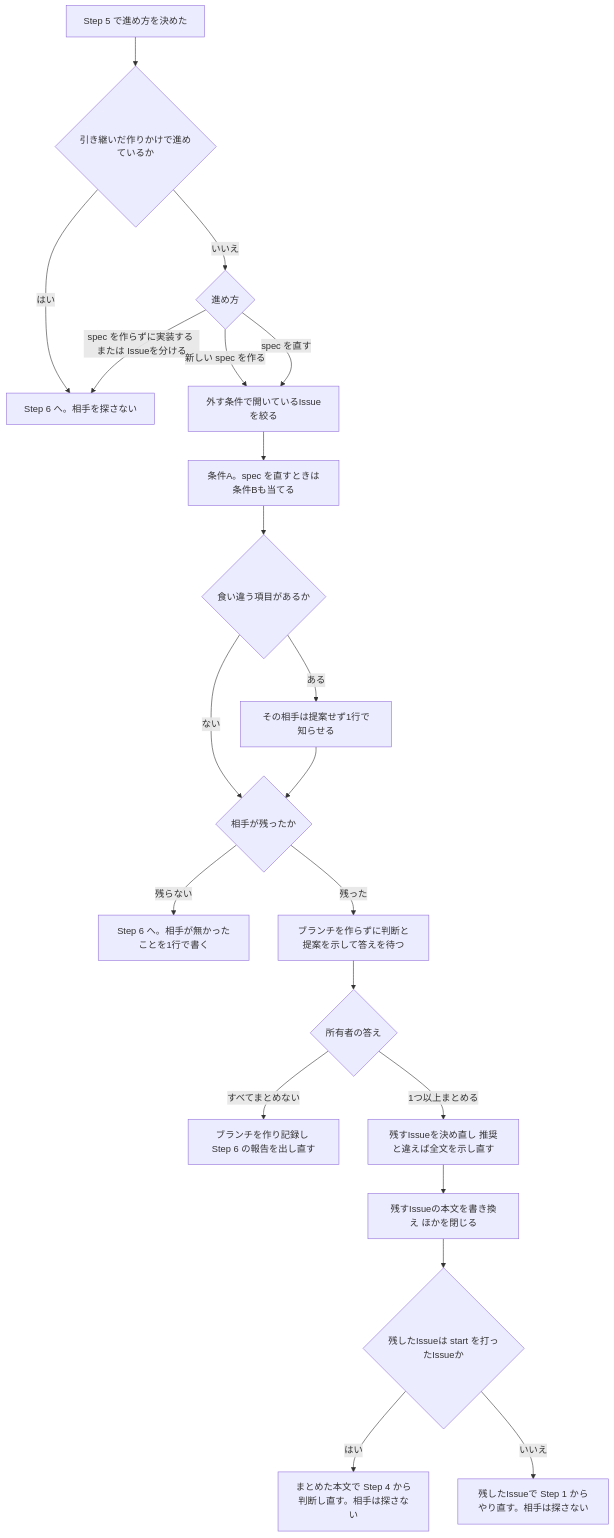
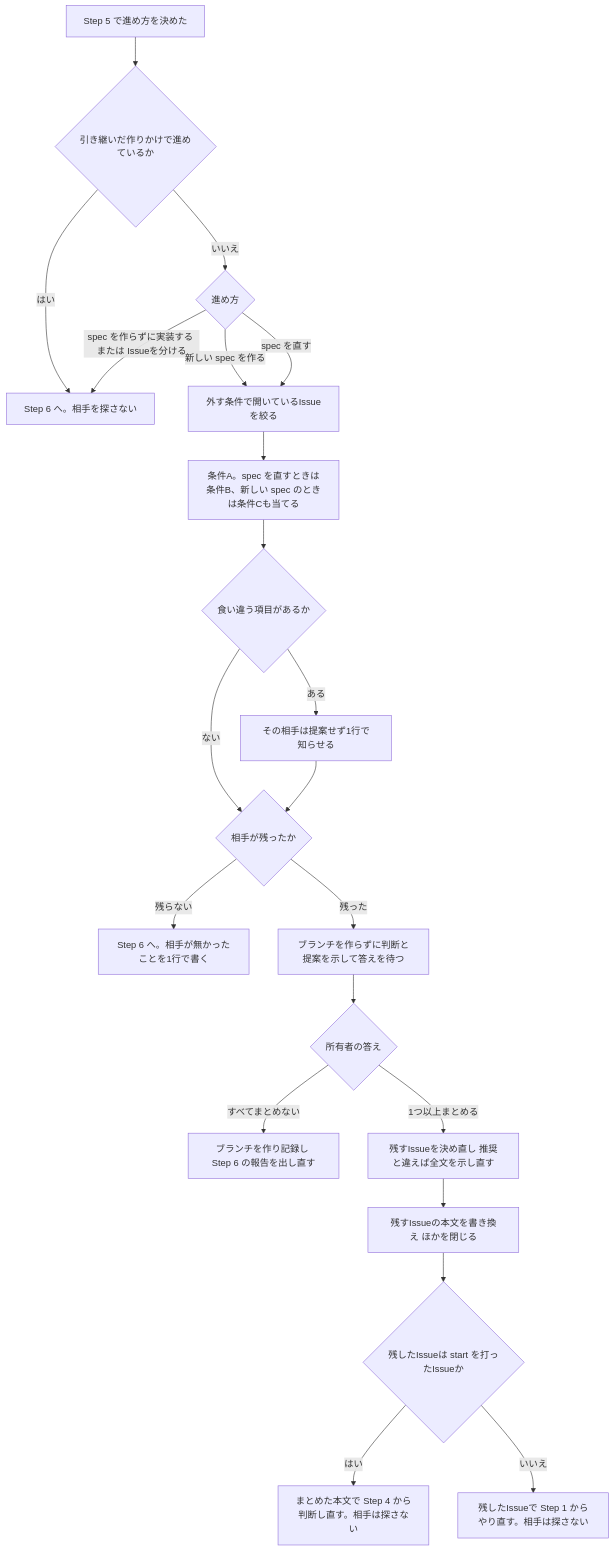
Before and after one commit to DogisRiki/KeirekiPro: the fourth of 6 diagrams in .kiro/specs/spec-need-triage/design.md, drawn with Mermaid. The commit also changed other lines of this file and 13 other files, not shown here.

First line of the commit message:
docs: spec-need-triage に、新しい spec を作るときにまとめる相手を探す条件Cを足す

````diff
--- a/.kiro/specs/spec-need-triage/design.md
+++ b/.kiro/specs/spec-need-triage/design.md
@@ -240,23 +240,23 @@
 ```mermaid
 flowchart TD
     J[Step 5 で進め方を決めた] --> T{引き継いだ作りかけで進めているか}
     T -->|はい| S6[Step 6 へ。相手を探さない]
     T -->|いいえ| W{進め方}
     W -->|spec を作らずに実装する または Issueを分ける| S6
     W -->|新しい spec を作る| F[外す条件で開いているIssueを絞る]
     W -->|spec を直す| F
-    F --> M[条件A。spec を直すときは条件Bも当てる]
+    F --> M[条件A。spec を直すときは条件B、新しい spec のときは条件Cも当てる]
     M --> X{食い違う項目があるか}
     X -->|ある| X1[その相手は提案せず1行で知らせる]
     X -->|ない| C{相手が残ったか}
     X1 --> C
     C -->|残らない| S6N[Step 6 へ。相手が無かったことを1行で書く]
     C -->|残った| P[ブランチを作らずに判断と提案を示して答えを待つ]
     P --> A{所有者の答え}
     A -->|すべてまとめない| S7[ブランチを作り記録し Step 6 の報告を出し直す]
     A -->|1つ以上まとめる| K[残すIssueを決め直し 推奨と違えば全文を示し直す]
     K --> B[残すIssueの本文を書き換え ほかを閉じる]
     B --> Q{残したIssueは start を打ったIssueか}
     Q -->|はい| R1[まとめた本文で Step 4 から判断し直す。相手は探さない]
     Q -->|いいえ| R2[残したIssueで Step 1 からやり直す。相手は探さない]
 ```
````
